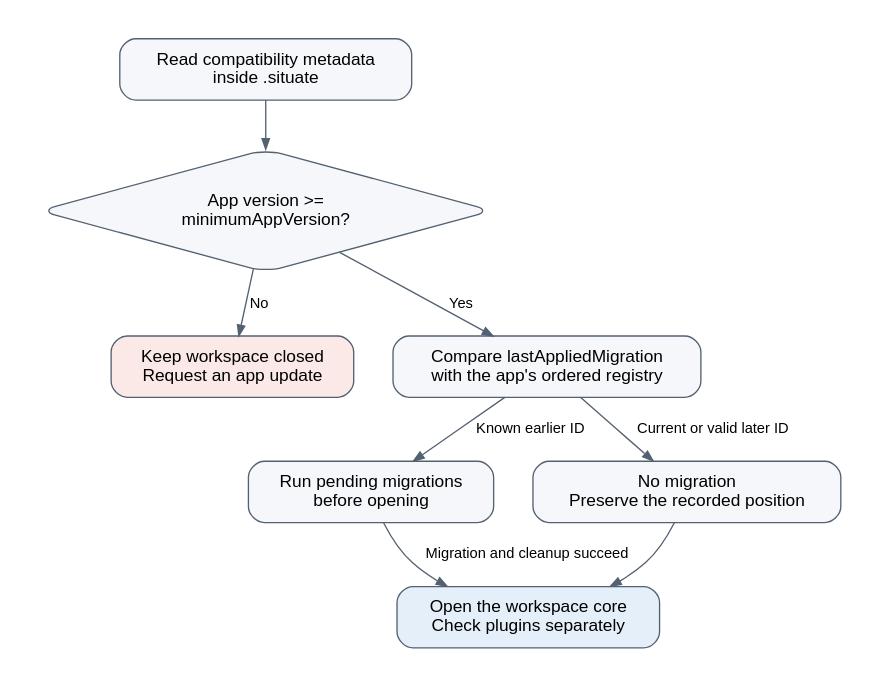
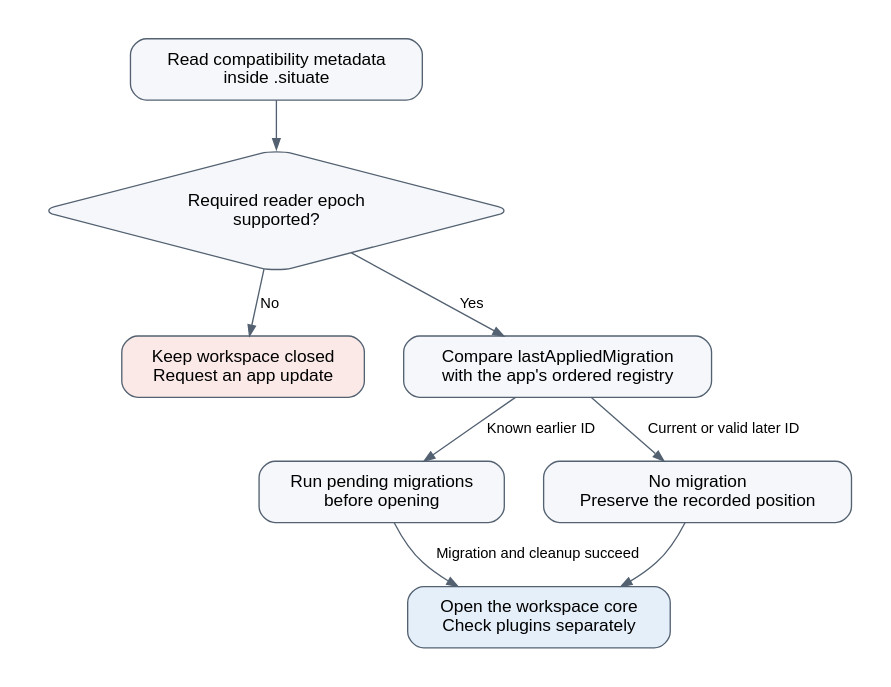
Before and after one commit to getsituate/situate: the diagram in docs/architecture/diagrams/workspace-compatibility.dot, drawn with Graphviz. The commit also changed 180 other files, not shown here.

```diff
--- a/docs/architecture/diagrams/workspace-compatibility.dot
+++ b/docs/architecture/diagrams/workspace-compatibility.dot
@@ -1,21 +1,21 @@
 digraph WorkspaceCompatibility {
   graph [rankdir=TB, bgcolor="white", pad=0.3, nodesep=0.4, ranksep=0.5, fontname="Helvetica", fontsize=12];
   node [shape=box, style="rounded,filled", fillcolor="#f5f7fa", color="#536171", fontname="Helvetica", fontsize=13, margin="0.18,0.12"];
   edge [color="#536171", fontname="Helvetica", fontsize=11, arrowsize=0.8];
 
   metadata [label="Read compatibility metadata\ninside .situate"];
-  gate [label="App version >=\nminimumAppVersion?", shape=diamond];
+  gate [label="Required reader epoch\nsupported?", shape=diamond];
   blocked [label="Keep workspace closed\nRequest an app update", fillcolor="#fbe9e7"];
   position [label="Compare lastAppliedMigration\nwith the app's ordered registry"];
   pending [label="Run pending migrations\nbefore opening"];
   unchanged [label="No migration\nPreserve the recorded position"];
   open [label="Open the workspace core\nCheck plugins separately", fillcolor="#e5effa"];
 
   metadata -> gate;
   gate -> blocked [label="No"];
   gate -> position [label="Yes"];
   position -> pending [label="Known earlier ID"];
   position -> unchanged [label="Current or valid later ID"];
   pending -> open [label="Migration and cleanup succeed"];
   unchanged -> open;
 }
```
